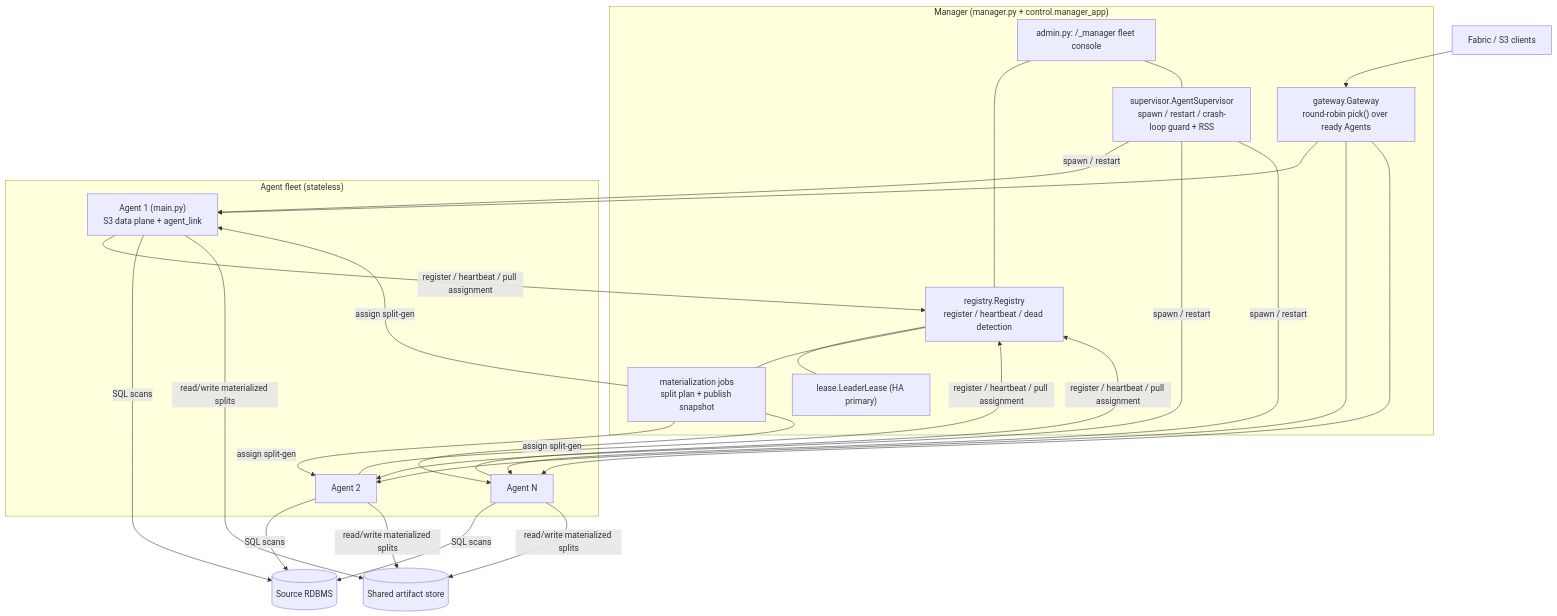
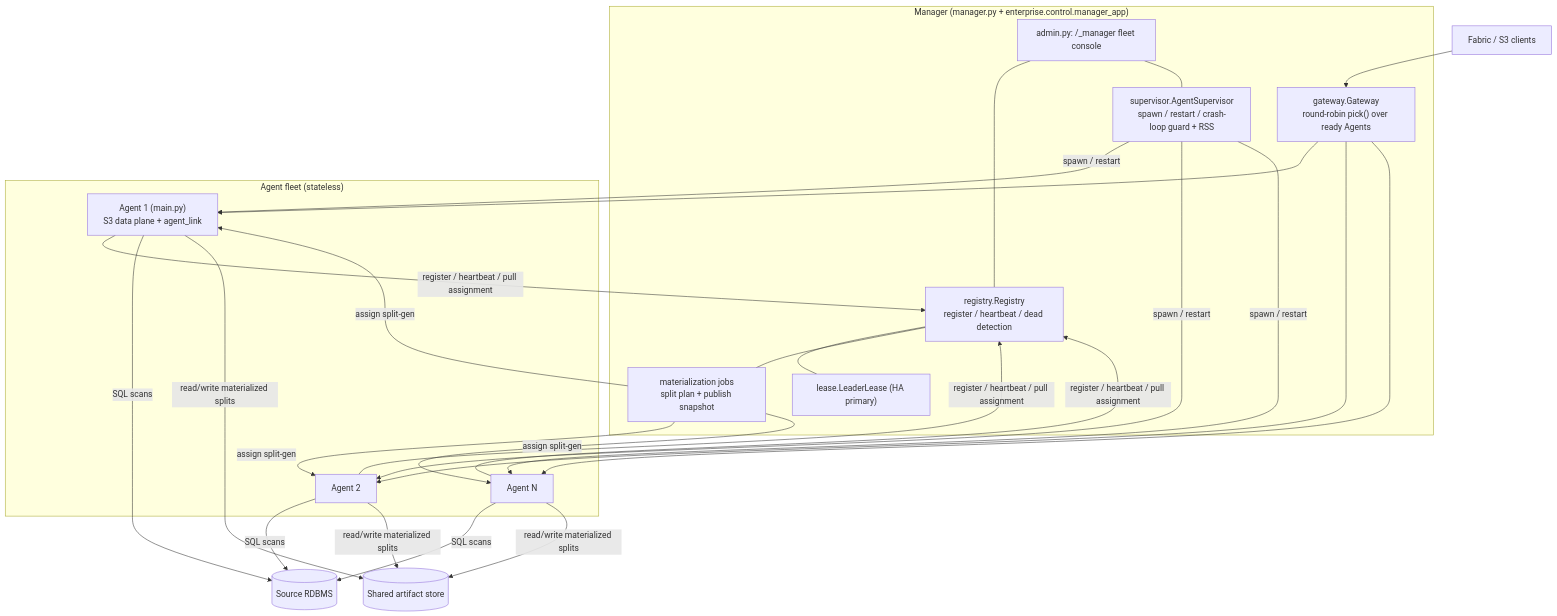
Before and after one commit to Andreas-bersgtedt/Fabric-Shortcut-Proxy: diagram 11 of 13 in docs/TechnicalArchitecture.md, drawn with Mermaid. The commit also changed other lines of this file and 41 other files, not shown here.

````diff
--- a/docs/TechnicalArchitecture.md
+++ b/docs/TechnicalArchitecture.md
@@ -458,31 +458,31 @@
 ```mermaid
 flowchart TB
   Fabric[Fabric / S3 clients] --> GW
 
-  subgraph MGR["Manager (manager.py + control.manager_app)"]
+  subgraph MGR["Manager (manager.py + enterprise.control.manager_app)"]
     GW["gateway.Gateway<br/>round-robin pick() over ready Agents"]
     REG["registry.Registry<br/>register / heartbeat / dead detection"]
     SUP["supervisor.AgentSupervisor<br/>spawn / restart / crash-loop guard + RSS"]
     LEASE["lease.LeaderLease (HA primary)"]
     JOBS["materialization jobs<br/>split plan + publish snapshot"]
     ADMIN["admin.py: /_manager fleet console"]
   end
 
   subgraph FLEET["Agent fleet (stateless)"]
     A1["Agent 1 (main.py)<br/>S3 data plane + agent_link"]
     A2["Agent 2"]
     AN["Agent N"]
   end
 
   OBJ[(Shared artifact store)]
   SRC[(Source RDBMS)]
 
   GW --> A1 & A2 & AN
   A1 & A2 & AN -->|register / heartbeat / pull assignment| REG
   REG --- LEASE & JOBS
   SUP -->|spawn / restart| A1 & A2 & AN
   JOBS -->|assign split-gen| A1 & A2 & AN
   A1 & A2 & AN -->|SQL scans| SRC
   A1 & A2 & AN -->|read/write materialized splits| OBJ
   ADMIN --- REG & SUP
 ```
````
